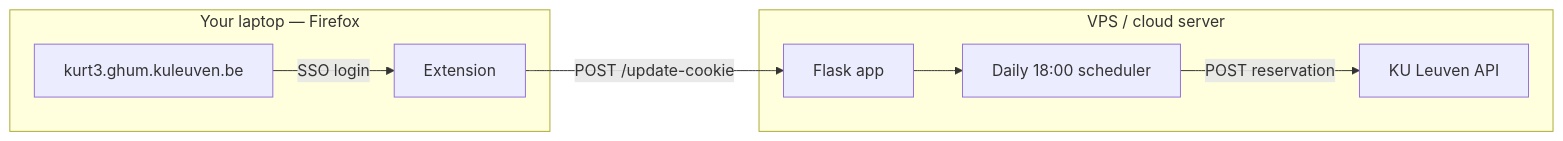
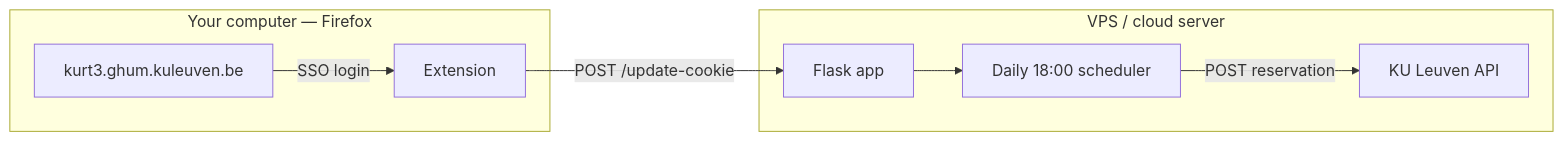
Before and after one commit to YJimmyZhang/ku-leuven-autobooker: the diagram in README.md, drawn with Mermaid.

Commit message:
Make architecture diagram platform-neutral

````diff
--- a/README.md
+++ b/README.md
@@ -10,17 +10,17 @@
 ```mermaid
 flowchart LR
-  subgraph browser [Your laptop — Firefox]
+  subgraph browser [Your computer — Firefox]
     EXT[Extension]
     KURT3[kurt3.ghum.kuleuven.be]
     KURT3 -->|SSO login| EXT
   end
 
   subgraph server [VPS / cloud server]
     API[Flask app]
     SCHED[Daily 18:00 scheduler]
     API --> SCHED
     SCHED -->|POST reservation| KURT3API[KU Leuven API]
   end
 
   EXT -->|POST /update-cookie| API
 ```
````
